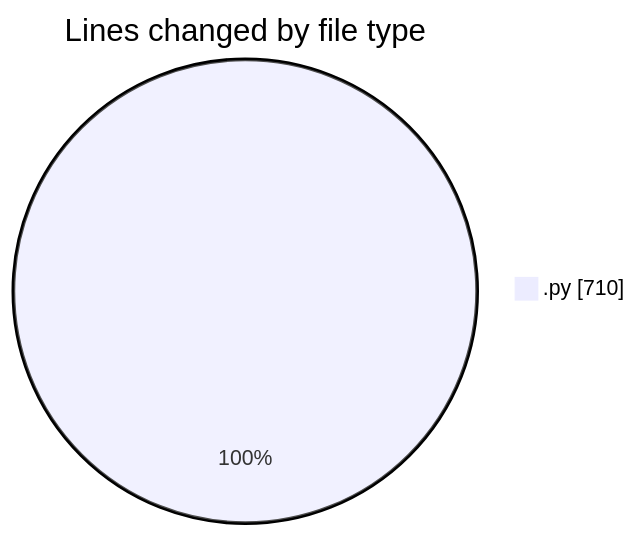
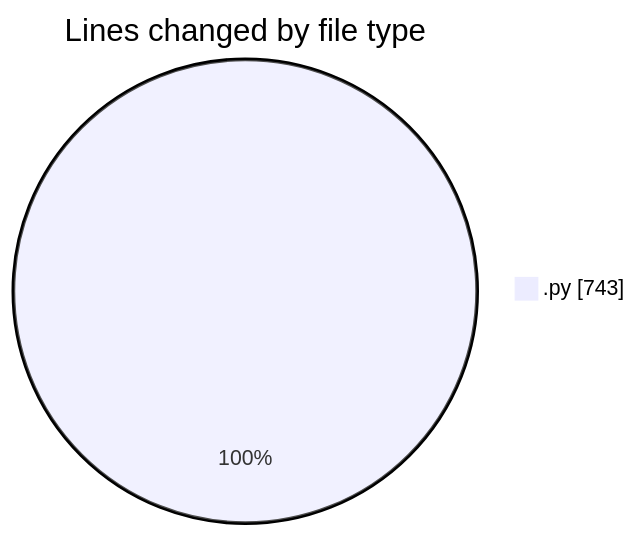
The first of 2 diagrams in 2025-03-25/samplepdf/README.md (momahboobian/code-tracking), drawn with Mermaid before and after one commit. The commit also changed other lines of this file and 1 other file, not shown here.

````diff
--- a/2025-03-25/samplepdf/README.md
+++ b/2025-03-25/samplepdf/README.md
@@ -24,5 +24,5 @@
 ```mermaid
 pie showData
 title Lines changed by file type
-".py" : 710
+".py" : 743
 ```
````
